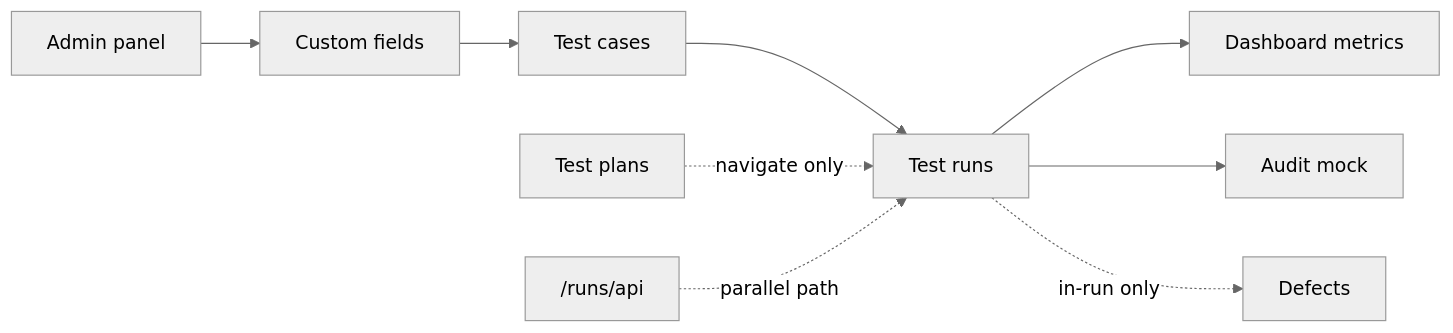
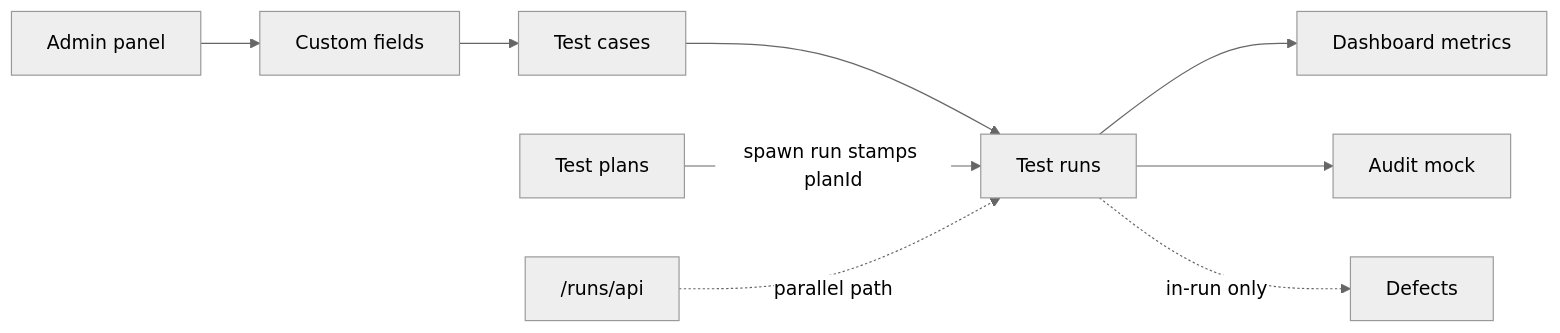
Before and after one commit to qhedroid/testlane: the diagram in docs/product/feature-flow.md, drawn with Mermaid (neutral theme). The commit also changed other lines of this file and 5 other files, not shown here.

First line of the commit message:
Docs: update all living docs for Test Plans (schema v13, post-rebase)

````diff
--- a/docs/product/feature-flow.md
+++ b/docs/product/feature-flow.md
@@ -214,11 +216,11 @@
 ```mermaid
 flowchart LR
   Admin[Admin panel] --> CF[Custom fields]
   CF --> TC[Test cases]
   TC --> TR[Test runs]
-  TP[Test plans] -.->|navigate only| TR
+  TP[Test plans] -->|spawn run stamps planId| TR
   TR --> Dash[Dashboard metrics]
   TR --> Audit[Audit mock]
   TR -.->|in-run only| Def[Defects]
   API["/runs/api"] -.->|parallel path| TR
 ```
````
